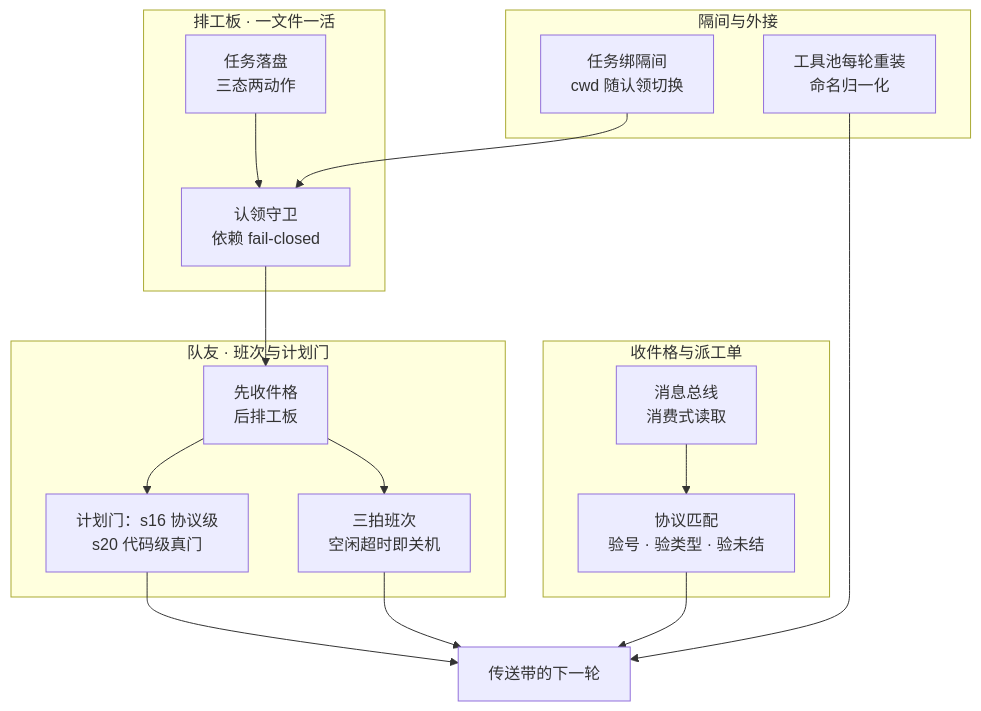
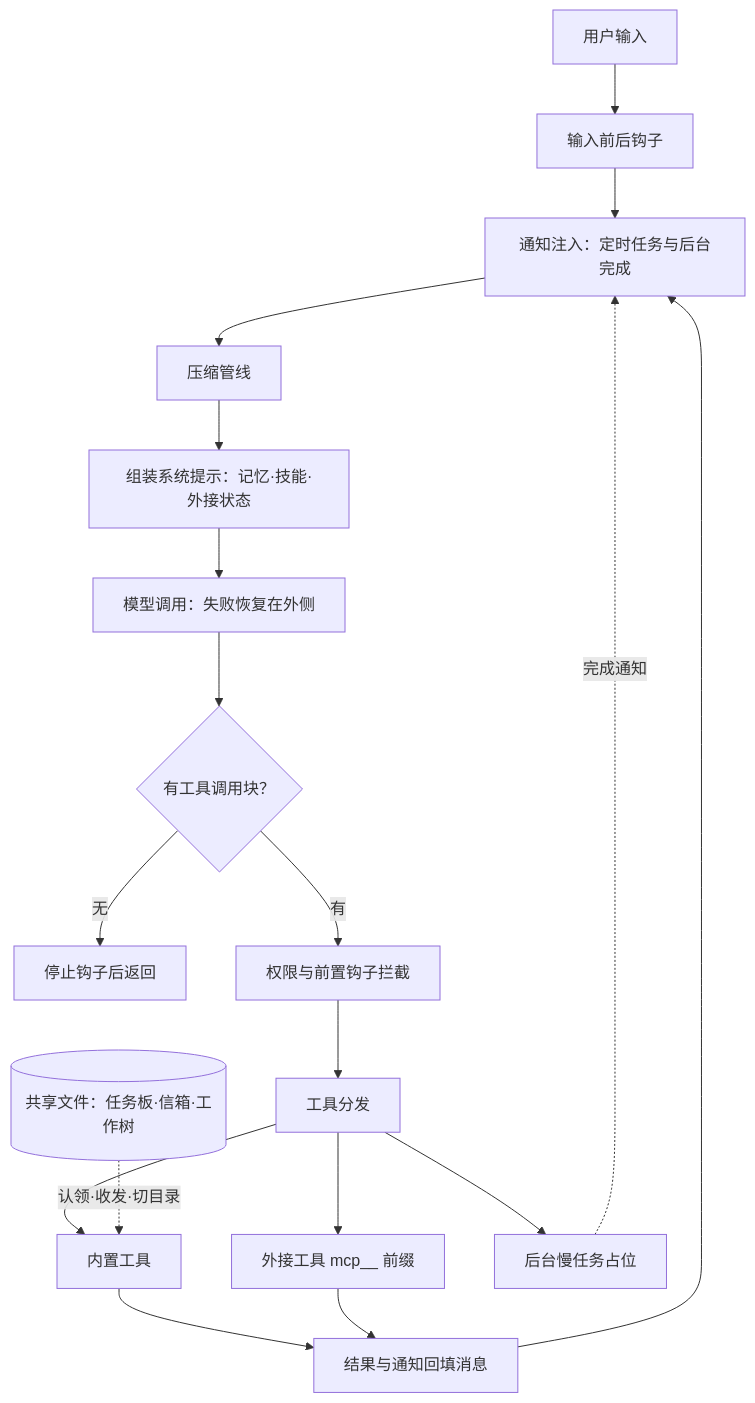
One commit to ThreeFish-AI/negentropy changed the diagram in docs/assets/mermaid/agent-harness/claude-code-multiagent--collab-panorama.mmd. Above: the diagram before and after it, drawn with Mermaid. The commit also changed 209 other files, not shown here.

```diff
--- a/docs/assets/mermaid/agent-harness/claude-code-multiagent--collab-panorama.mmd
+++ b/docs/assets/mermaid/agent-harness/claude-code-multiagent--collab-panorama.mmd
@@ -1,33 +1,22 @@
 %% source: docs/research/agent-harness/175-claude-code-multi-agent-platform.md §2
 %% slug: claude-code-multiagent--collab-panorama
 %% type: workflow
 %% derived: docs/assets/architecture/agent-harness/claude-code-multiagent--collab-panorama.html
 flowchart TD
-    subgraph S1["排工板 · 一文件一活"]
-        A1["任务落盘<br/>三态两动作"]
-        A2["认领守卫<br/>依赖 fail-closed"]
-    end
-    subgraph S2["收件格与派工单"]
-        B1["消息总线<br/>消费式读取"]
-        B2["协议匹配<br/>验号 · 验类型 · 验未结"]
-    end
-    subgraph S3["队友 · 班次与计划门"]
-        C1["先收件格<br/>后排工板"]
-        C2["计划门：s16 协议级<br/>s20 代码级真门"]
-        C3["三拍班次<br/>空闲超时即关机"]
-    end
-    subgraph S4["隔间与外接"]
-        D1["任务绑隔间<br/>cwd 随认领切换"]
-        D2["工具池每轮重装<br/>命名归一化"]
-    end
-    A1 --> A2
-    A2 --> C1
-    B1 --> B2
-    C1 --> C2
-    C1 --> C3
-    C3 --> Z
-    D1 --> A2
-    B2 --> Z
-    C2 --> Z
-    D2 --> Z
-    Z["传送带的下一轮"]
+    U[用户输入] --> H[输入前后钩子]
+    H --> W[通知注入：定时任务与后台完成]
+    W --> C[压缩管线]
+    C --> S[组装系统提示：记忆·技能·外接状态]
+    S --> L[模型调用：失败恢复在外侧]
+    L --> Q{有工具调用块？}
+    Q -- 无 --> X[停止钩子后返回]
+    Q -- 有 --> P[权限与前置钩子拦截]
+    P --> D[工具分发]
+    D --> T1[内置工具]
+    D --> T2[外接工具 mcp__ 前缀]
+    D --> T3[后台慢任务占位]
+    T1 --> R[结果与通知回填消息]
+    T2 --> R
+    T3 -.完成通知.-> W
+    R --> W
+    F[(共享文件：任务板·信箱·工作树)] -.认领·收发·切目录.-> T1
```
